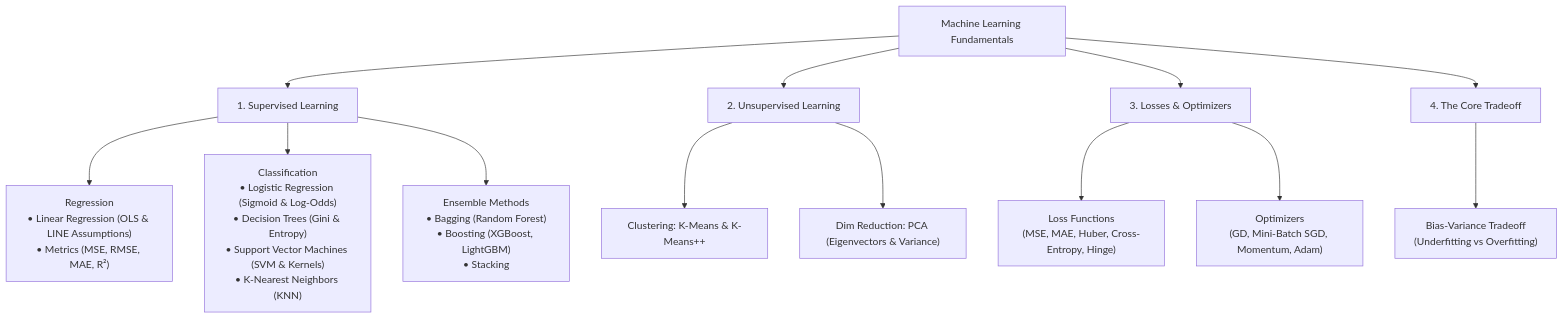
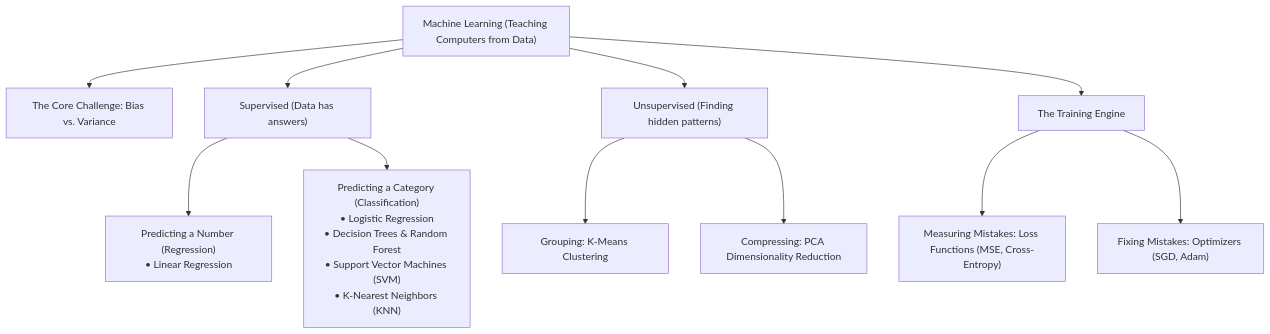
The first of 5 diagrams in ML_CORE_CONCEPTS.md (rahulkumarjha26/genai-study-materials), drawn with Mermaid before and after one commit. The commit also changed other lines of this file, not shown here.

Commit message:
Rewrite ML_CORE_CONCEPTS.md with beginner-friendly explanations, analogies, and intuitive visual formatting

````diff
--- a/ML_CORE_CONCEPTS.md
+++ b/ML_CORE_CONCEPTS.md
@@ -25,19 +25,16 @@
 ```mermaid
 flowchart TD
-    ML["Machine Learning Fundamentals"] --> Supervised["1. Supervised Learning"]
-    ML --> Unsupervised["2. Unsupervised Learning"]
-    ML --> Optimization["3. Losses & Optimizers"]
-    ML --> Foundations["4. The Core Tradeoff"]
+    ML["Machine Learning (Teaching Computers from Data)"] --> Tradeoff["The Core Challenge: Bias vs. Variance"]
+    
+    ML --> Supervised["Supervised (Data has answers)"]
+    Supervised --> Reg["Predicting a Number (Regression)<br/>• Linear Regression"]
+    Supervised --> Class["Predicting a Category (Classification)<br/>• Logistic Regression<br/>• Decision Trees & Random Forest<br/>• Support Vector Machines (SVM)<br/>• K-Nearest Neighbors (KNN)"]
 
-    Foundations --> BV["Bias-Variance Tradeoff<br/>(Underfitting vs Overfitting)"]
+    ML --> Unsupervised["Unsupervised (Finding hidden patterns)"]
+    Unsupervised --> Group["Grouping: K-Means Clustering"]
+    Unsupervised --> Compress["Compressing: PCA Dimensionality Reduction"]
 
-    Supervised --> Reg["Regression<br/>• Linear Regression (OLS & LINE Assumptions)<br/>• Metrics (MSE, RMSE, MAE, R²)"]
-    Supervised --> Class["Classification<br/>• Logistic Regression (Sigmoid & Log-Odds)<br/>• Decision Trees (Gini & Entropy)<br/>• Support Vector Machines (SVM & Kernels)<br/>• K-Nearest Neighbors (KNN)"]
-    Supervised --> Ensemble["Ensemble Methods<br/>• Bagging (Random Forest)<br/>• Boosting (XGBoost, LightGBM)<br/>• Stacking"]
-
-    Unsupervised --> Cluster["Clustering: K-Means & K-Means++"]
-    Unsupervised --> DimRed["Dim Reduction: PCA (Eigenvectors & Variance)"]
-
-    Optimization --> Loss["Loss Functions<br/>(MSE, MAE, Huber, Cross-Entropy, Hinge)"]
-    Optimization --> Opt["Optimizers<br/>(GD, Mini-Batch SGD, Momentum, Adam)"]
+    ML --> Engine["The Training Engine"]
+    Engine --> Loss["Measuring Mistakes: Loss Functions (MSE, Cross-Entropy)"]
+    Engine --> Optimizer["Fixing Mistakes: Optimizers (SGD, Adam)"]
 ```
````
